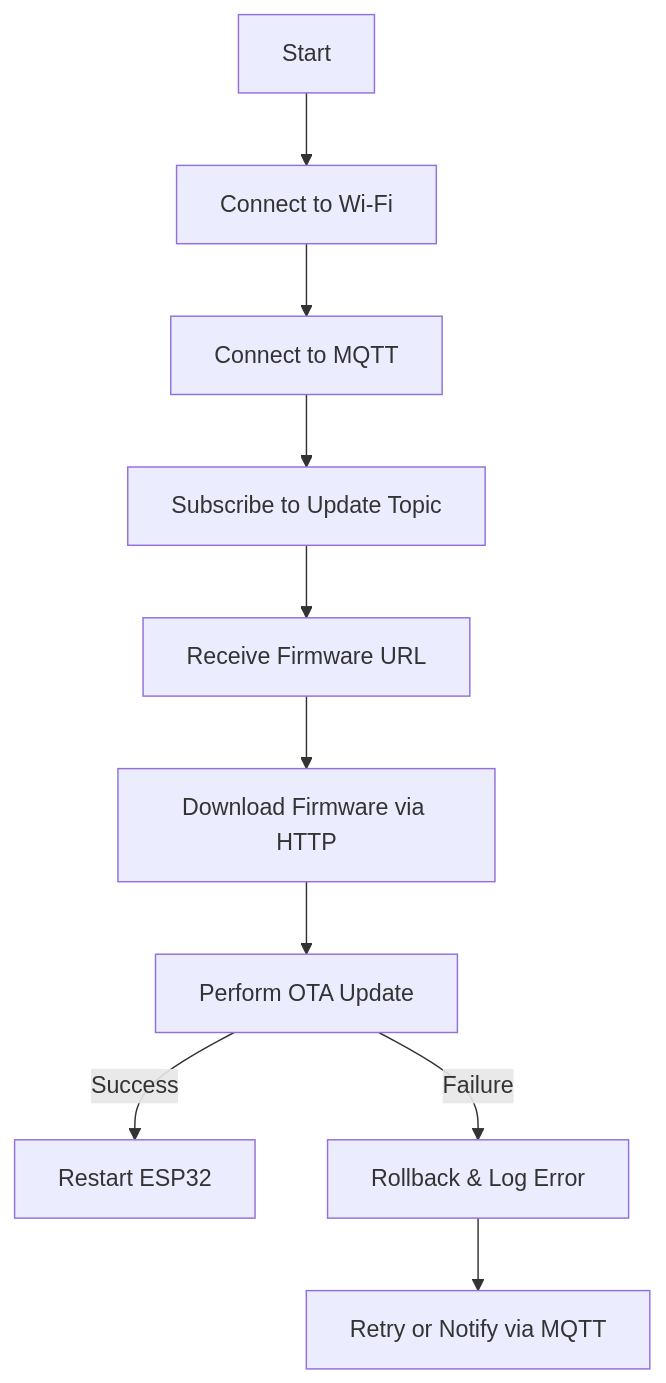
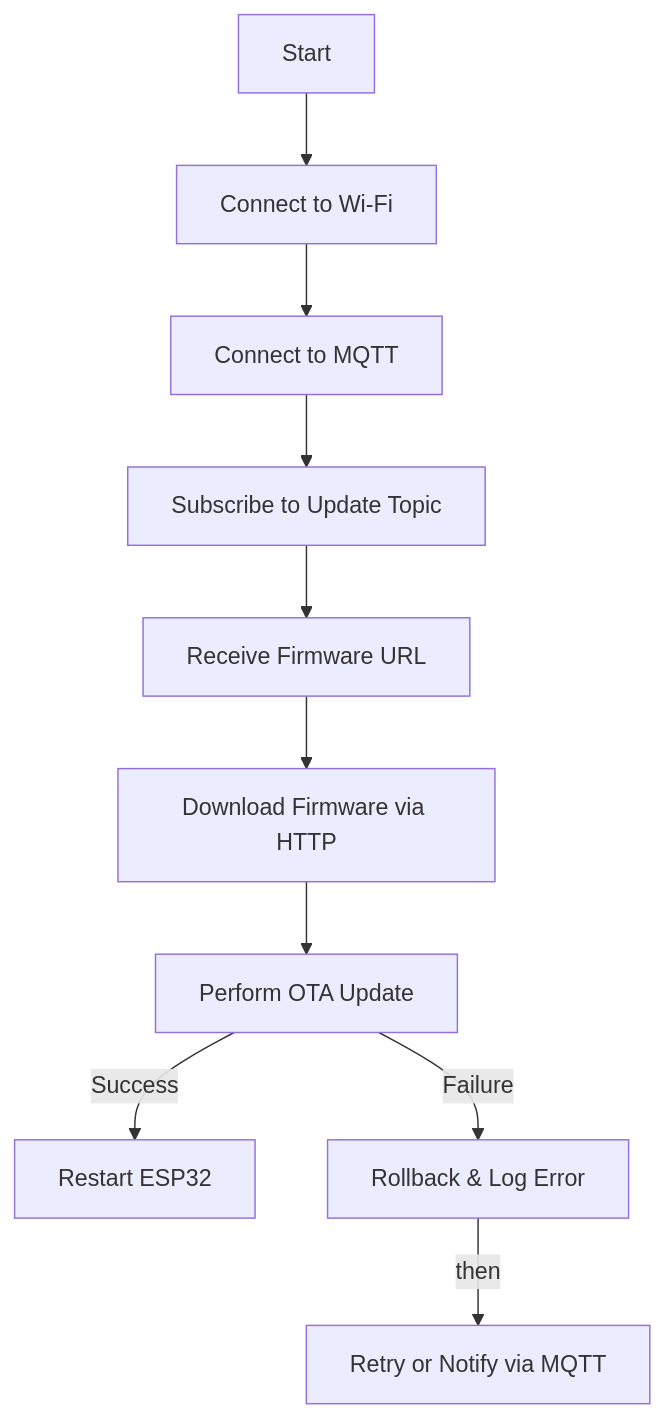
Before and after one commit to pavankumar1909/OTA_Firmware_update_ESP32-S3: the diagram in design.md, drawn with Mermaid. The commit also changed other lines of this file, not shown here.

````diff
--- a/design.md
+++ b/design.md
@@ -22,12 +39,12 @@
 ```mermaid
 graph TD;
     A[Start] --> B[Connect to Wi-Fi];
     B --> C[Connect to MQTT];
     C --> D[Subscribe to Update Topic];
     D --> E[Receive Firmware URL];
     E --> F[Download Firmware via HTTP];
     F --> G[Perform OTA Update];
     G -->|Success| H[Restart ESP32];
     G -->|Failure| I[Rollback & Log Error];
-    I --> J[Retry or Notify via MQTT];
+    I -->|then| J[Retry or Notify via MQTT];
 ```
````
